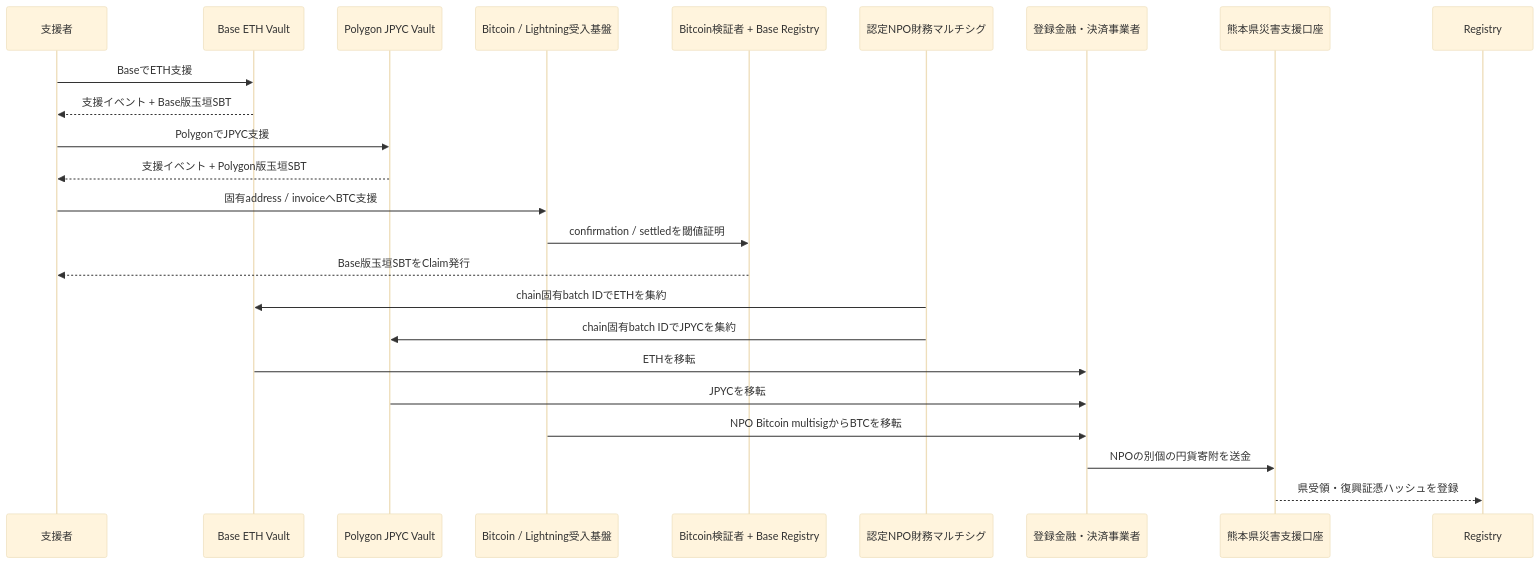
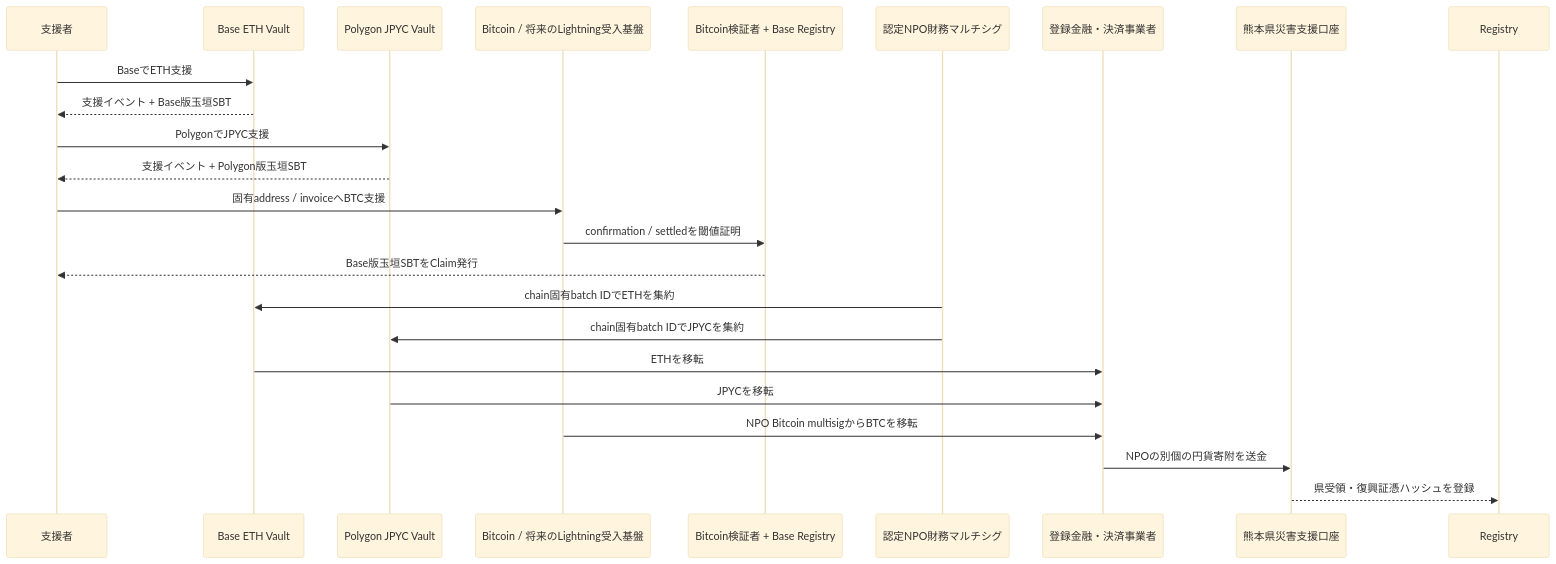
One commit to ShigeichiroYamasaki/yui-no-kaki-kumamoto changed the diagram in docs/fund-flow.md. Above: the diagram before and after it, drawn with Mermaid (base theme). The commit also changed other lines of this file and 25 other files, not shown here.

````diff
--- a/docs/fund-flow.md
+++ b/docs/fund-flow.md
@@ -11,26 +11,26 @@
 ```mermaid
 sequenceDiagram
   participant S as 支援者
   participant BV as Base ETH Vault
   participant PV as Polygon JPYC Vault
-  participant BTC as Bitcoin / Lightning受入基盤
+  participant BTC as Bitcoin / 将来のLightning受入基盤
   participant BR as Bitcoin検証者 + Base Registry
   participant O as 認定NPO財務マルチシグ
   participant E as 登録金融・決済事業者
   participant K as 熊本県災害支援口座
   participant R as Registry
   S->>BV: BaseでETH支援
   BV-->>S: 支援イベント + Base版玉垣SBT
   S->>PV: PolygonでJPYC支援
   PV-->>S: 支援イベント + Polygon版玉垣SBT
   S->>BTC: 固有address / invoiceへBTC支援
   BTC->>BR: confirmation / settledを閾値証明
   BR-->>S: Base版玉垣SBTをClaim発行
   O->>BV: chain固有batch IDでETHを集約
   O->>PV: chain固有batch IDでJPYCを集約
   BV->>E: ETHを移転
   PV->>E: JPYCを移転
   BTC->>E: NPO Bitcoin multisigからBTCを移転
   E->>K: NPOの別個の円貨寄附を送金
   K-->>R: 県受領・復興証憑ハッシュを登録
 ```
````
